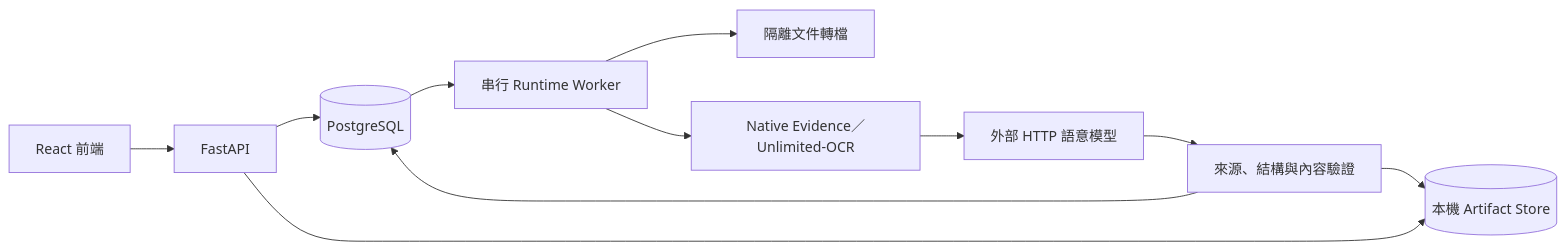
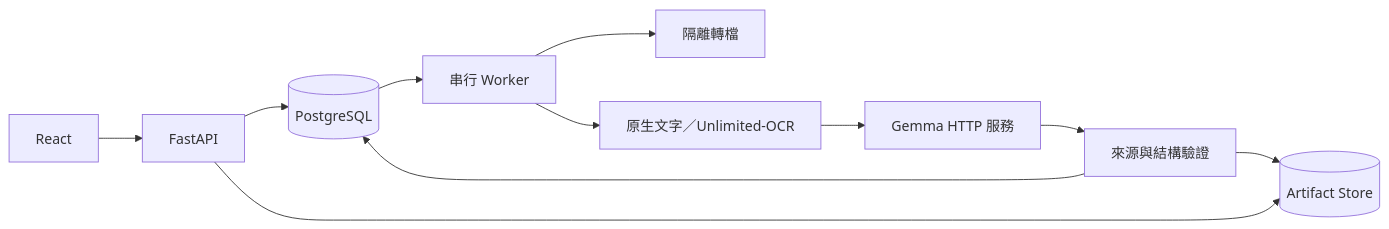
Before and after one commit to C6Yelan/Studydy: the diagram in docs/architecture.md, drawn with Mermaid. The commit also changed other lines of this file and 52 other files, not shown here.

```diff
--- a/docs/architecture.md
+++ b/docs/architecture.md
@@ -7,13 +7,13 @@
 ~~~mermaid
 flowchart LR
-    UI["React 前端"] --> API["FastAPI"]
-    API --> DB[("PostgreSQL")]
-    API --> Store[("本機 Artifact Store")]
-    DB --> Worker["串行 Runtime Worker"]
-    Worker --> Convert["隔離文件轉檔"]
-    Worker --> Evidence["Native Evidence／Unlimited-OCR"]
-    Evidence --> Semantic["外部 HTTP 語意模型"]
-    Semantic --> Validate["來源、結構與內容驗證"]
+    UI[React] --> API[FastAPI]
+    API --> DB[(PostgreSQL)]
+    API --> Store[(Artifact Store)]
+    DB --> Worker[串行 Worker]
+    Worker --> Convert[隔離轉檔]
+    Worker --> Evidence[原生文字／Unlimited-OCR]
+    Evidence --> Model[Gemma HTTP 服務]
+    Model --> Validate[來源與結構驗證]
     Validate --> DB
     Validate --> Store
 ~~~
```
